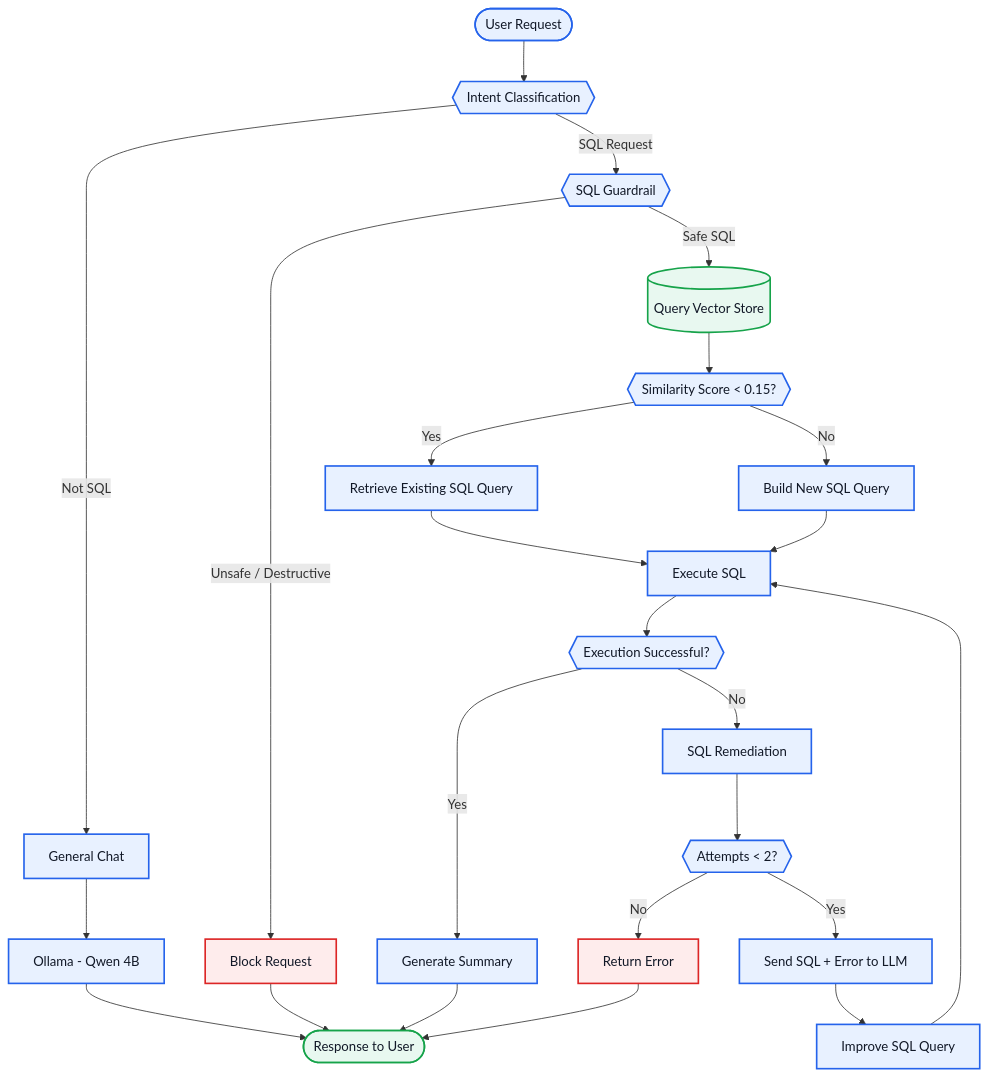
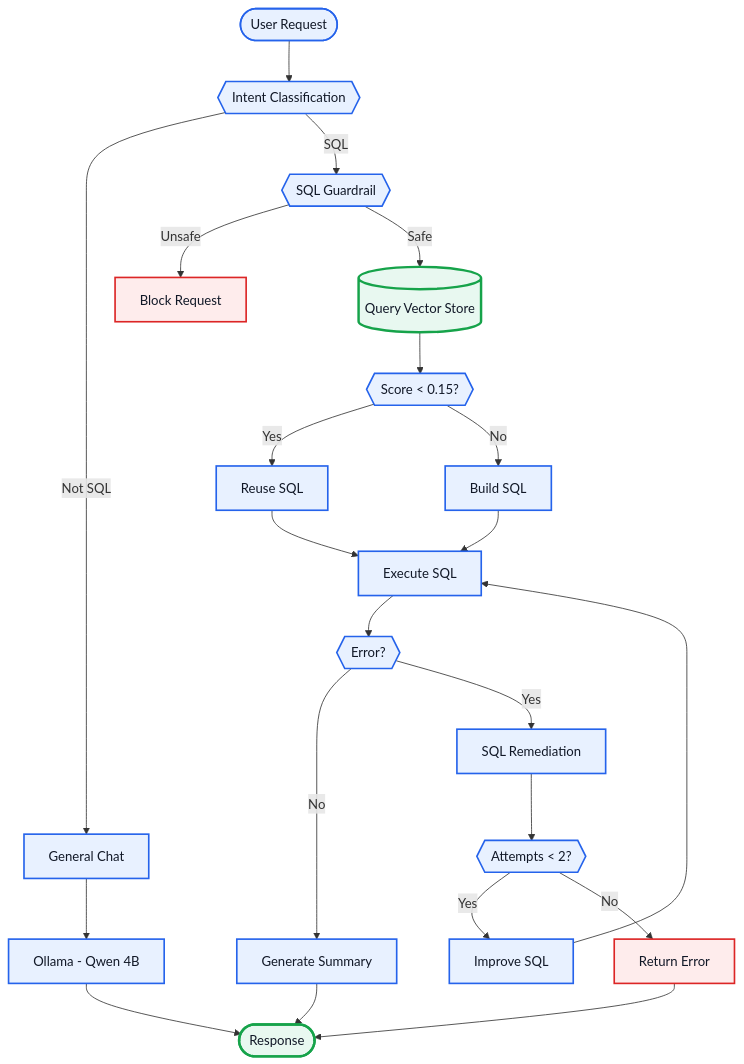
Before and after one commit to vardhanreddy2003/sql-ai-agent: the diagram in README.md, drawn with Mermaid. The commit also changed other lines of this file, not shown here.

````diff
--- a/README.md
+++ b/README.md
@@ -33,51 +22,44 @@
 ```mermaid
 flowchart TD
 
     A([User Request]) --> B{{Intent Classification}}
 
     B -->|Not SQL| C[General Chat]
     C --> D[Ollama - Qwen 4B]
-    D --> Z([Response to User])
+    D --> Z([Response])
 
-    B -->|SQL Request| E{{SQL Guardrail}}
+    B -->|SQL| E{{SQL Guardrail}}
 
-    E -->|Unsafe / Destructive| F[Block Request]
-    F --> Z
+    E -->|Unsafe| F[Block Request]
+    E -->|Safe| G[("Query Vector Store")]
 
-    E -->|Safe SQL| G[("Query Vector Store")]
+    G --> H{{Score < 0.15?}}
 
-    G --> H{{Similarity Score < 0.15?}}
-
-    H -->|Yes| I[Retrieve Existing SQL Query]
-    H -->|No| J[Build New SQL Query]
+    H -->|Yes| I[Reuse SQL]
+    H -->|No| J[Build SQL]
 
     I --> K[Execute SQL]
     J --> K
 
-    K --> L{{Execution Successful?}}
+    K --> L{{Error?}}
 
-    L -->|Yes| M[Generate Summary]
-    L -->|No| N[SQL Remediation]
+    L -->|No| M[Generate Summary]
+    L -->|Yes| N[SQL Remediation]
 
     N --> O{{Attempts < 2?}}
-
-    O -->|Yes| P[Send SQL + Error to LLM]
-    P --> Q[Improve SQL Query]
-    Q --> K
-
+    O -->|Yes| P[Improve SQL]
+    P --> K
     O -->|No| R[Return Error]
 
     M --> Z
     R --> Z
 
+    classDef main fill:#E8F1FF,stroke:#2563EB,color:#111827,stroke-width:2px;
+    classDef vector fill:#E8F8F0,stroke:#16A34A,color:#111827,stroke-width:3px;
+    classDef error fill:#FEECEC,stroke:#DC2626,color:#111827,stroke-width:2px;
 
-    classDef main fill:#E8F1FF,stroke:#2563EB,color:#111827,stroke-width:2px;
-    classDef vector fill:#E8F8F0,stroke:#16A34A,color:#111827,stroke-width:2px;
-    classDef error fill:#FEECEC,stroke:#DC2626,color:#111827,stroke-width:2px;
-    classDef response fill:#E8F8F0,stroke:#16A34A,color:#111827,stroke-width:2px;
-
-    class A,B,C,D,E,H,I,J,K,L,M,N,O,P,Q main;
+    class A,B,C,D,E,H,I,J,K,L,M,N,O,P main;
     class G vector;
     class F,R error;
-    class Z response;
+    class Z vector;
 ```
````
